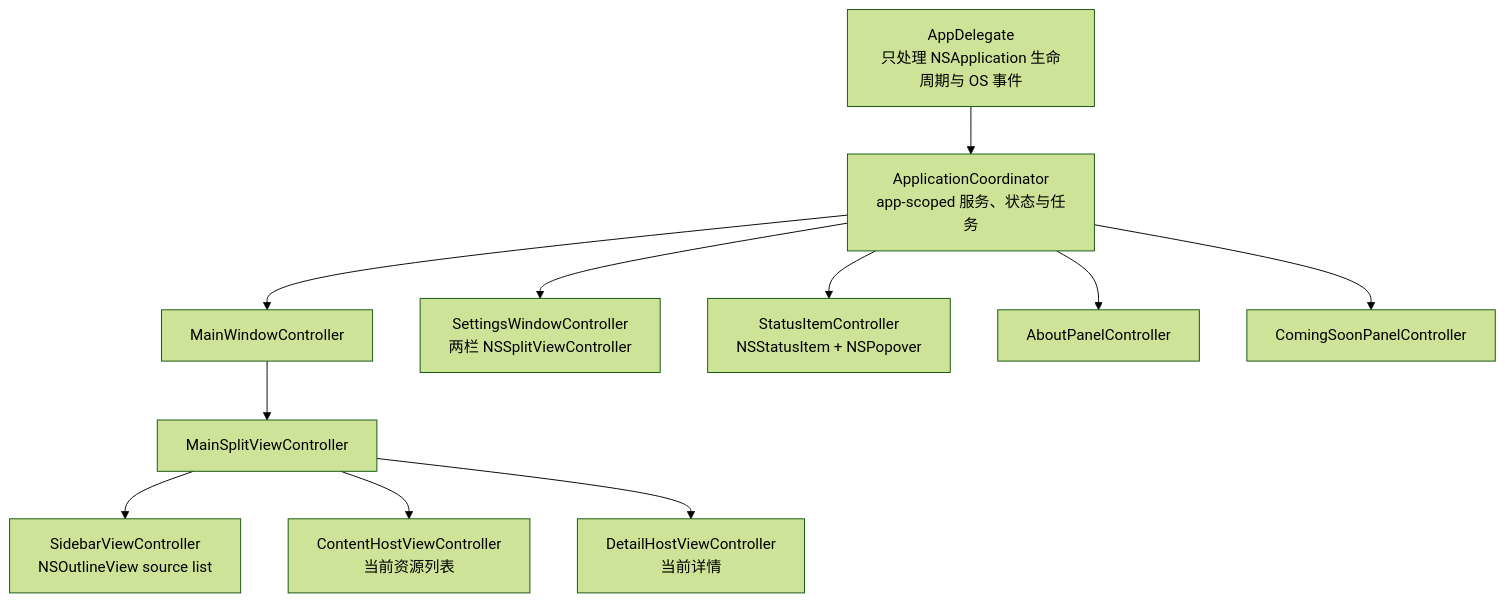
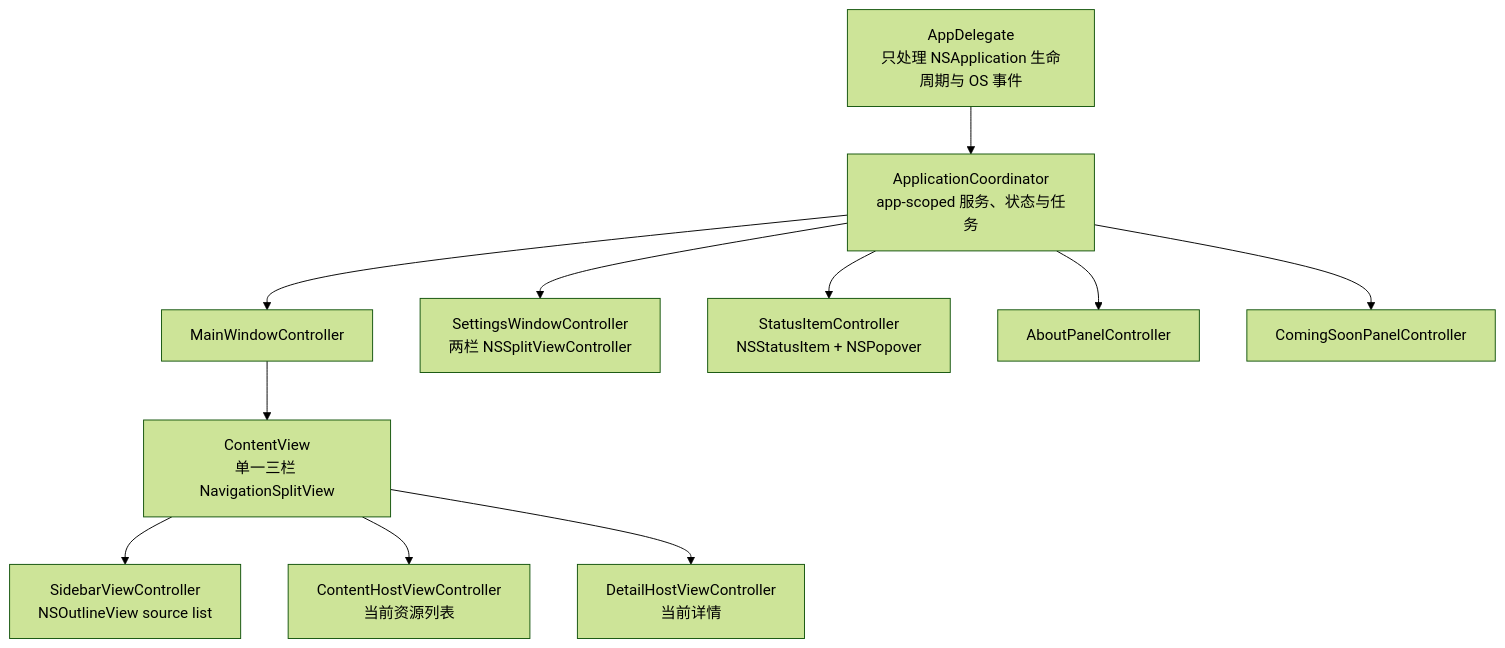
Before and after one commit to arcbox-labs/arcbox-desktop-swift: the first of 2 diagrams in docs/appkit-migration.md, drawn with Mermaid (forest theme). The commit also changed other lines of this file and 10 other files, not shown here.

````diff
--- a/docs/appkit-migration.md
+++ b/docs/appkit-migration.md
@@ -152,25 +152,25 @@
 ```mermaid
 flowchart TD
     AD["AppDelegate<br/>只处理 NSApplication 生命周期与 OS 事件"]
     AC["ApplicationCoordinator<br/>app-scoped 服务、状态与任务"]
     MW["MainWindowController"]
-    MS["MainSplitViewController"]
+    MS["ContentView<br/>单一三栏 NavigationSplitView"]
     SB["SidebarViewController<br/>NSOutlineView source list"]
     CL["ContentHostViewController<br/>当前资源列表"]
     DT["DetailHostViewController<br/>当前详情"]
     SW["SettingsWindowController<br/>两栏 NSSplitViewController"]
     ST["StatusItemController<br/>NSStatusItem + NSPopover"]
     AB["AboutPanelController"]
     CS["ComingSoonPanelController"]
 
     AD --> AC
     AC --> MW
     AC --> SW
     AC --> ST
     AC --> AB
     AC --> CS
     MW --> MS
     MS --> SB
     MS --> CL
     MS --> DT
 ```
````
